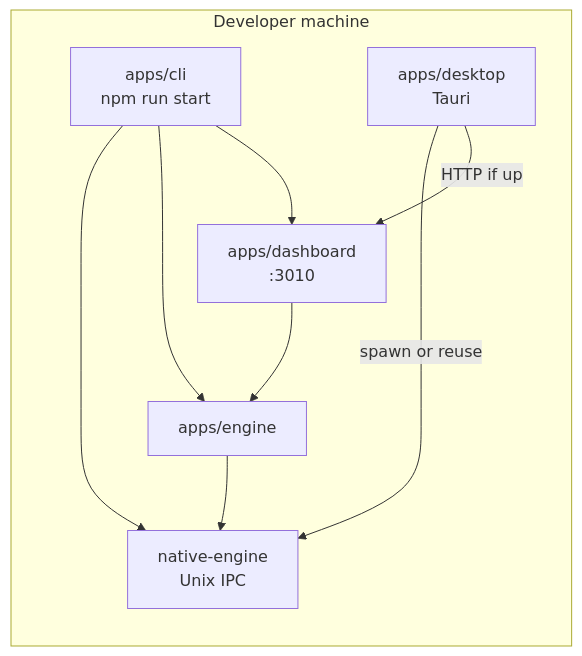
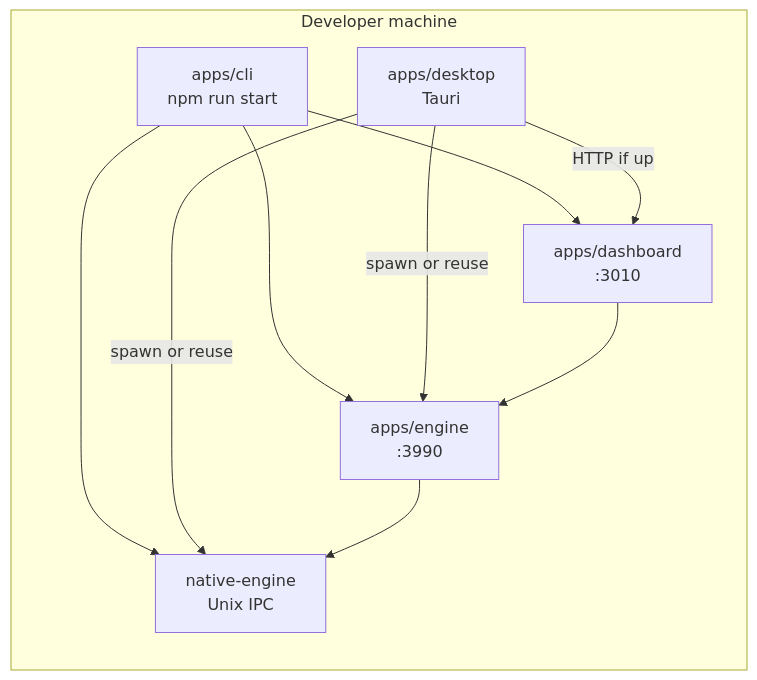
Before and after one commit to iamthamanic/thestuu: the diagram in docs/desktop-tauri.md, drawn with Mermaid. The commit also changed other lines of this file and 8 other files, not shown here.

````diff
--- a/docs/desktop-tauri.md
+++ b/docs/desktop-tauri.md
@@ -17,17 +17,18 @@
 ```mermaid
 flowchart LR
   subgraph dev["Developer machine"]
     CLI["apps/cli\nnpm run start"]
     NAT["native-engine\nUnix IPC"]
-    ENG["apps/engine"]
+    ENG["apps/engine\n:3990"]
     DASH["apps/dashboard\n:3010"]
     TAU["apps/desktop\nTauri"]
   end
   CLI --> NAT
-    CLI --> ENG
-    CLI --> DASH
-    TAU -->|"spawn or reuse"| NAT
-    TAU -->|"HTTP if up"| DASH
-    DASH --> ENG
-    ENG --> NAT
+  CLI --> ENG
+  CLI --> DASH
+  TAU -->|"spawn or reuse"| NAT
+  TAU -->|"spawn or reuse"| ENG
+  TAU -->|"HTTP if up"| DASH
+  DASH --> ENG
+  ENG --> NAT
 ```
````
